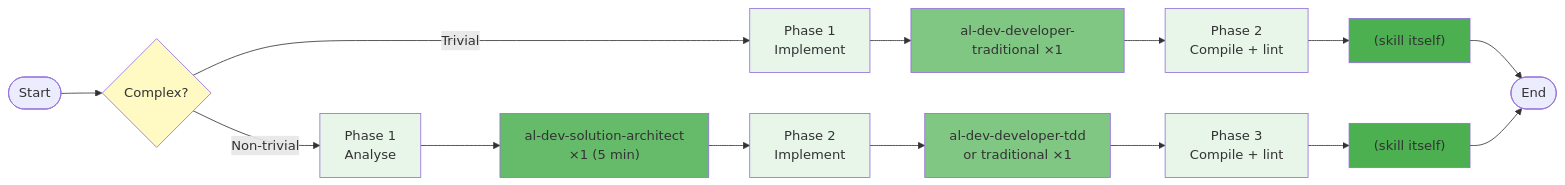
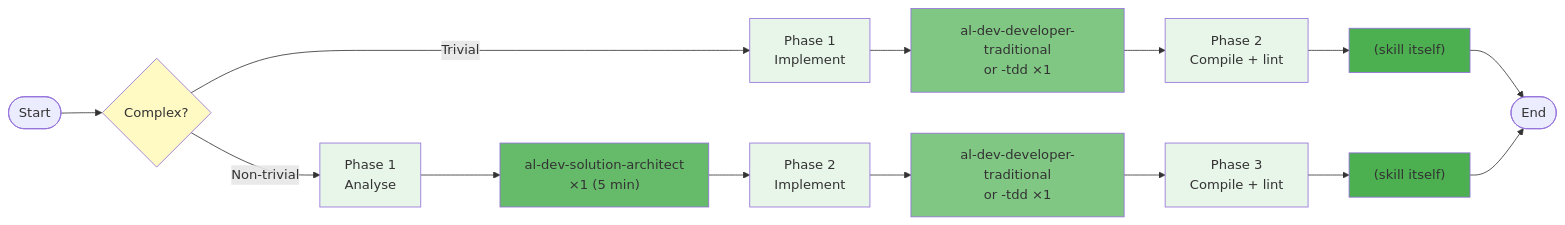
One commit to russell-laing/al-dev-shared changed the fourth of 21 diagrams in docs/al-dev-skills-map.md. Above: the diagram before and after it, drawn with Mermaid. The commit also changed other lines of this file and 1 other file, not shown here.

Commit message:
docs: sync AL agent and skill maps to current state

````diff
--- a/docs/al-dev-skills-map.md
+++ b/docs/al-dev-skills-map.md
@@ -158,30 +158,30 @@
 ```mermaid
 flowchart LR
     Start([Start]) --> Decision{Complex?}
 
     Decision -->|Trivial| Phase1T["Phase 1<br/>Implement"]
-    Phase1T --> DevAgent["al-dev-developer-traditional ×1"]
+    Phase1T --> DevAgent["al-dev-developer-traditional<br/>or -tdd ×1"]
     DevAgent --> Phase2T["Phase 2<br/>Compile + lint"]
     Phase2T --> SkillT["(skill itself)"]
     SkillT --> End([End])
 
     Decision -->|Non-trivial| Phase1C["Phase 1<br/>Analyse"]
     Phase1C --> ArchAgent["al-dev-solution-architect<br/>×1 (5 min)"]
     ArchAgent --> Phase2C["Phase 2<br/>Implement"]
-    Phase2C --> DevAgent2["al-dev-developer-tdd<br/>or traditional ×1"]
+    Phase2C --> DevAgent2["al-dev-developer-traditional<br/>or -tdd ×1"]
     DevAgent2 --> Phase3C["Phase 3<br/>Compile + lint"]
     Phase3C --> SkillC["(skill itself)"]
     SkillC --> End
 
     style Decision fill:#fff9c4
     style Phase1T fill:#e8f5e9
     style Phase1C fill:#e8f5e9
     style Phase2T fill:#e8f5e9
     style Phase2C fill:#e8f5e9
     style Phase3C fill:#e8f5e9
     style DevAgent fill:#81c784
     style DevAgent2 fill:#81c784
     style ArchAgent fill:#66bb6a
     style SkillT fill:#4caf50
     style SkillC fill:#4caf50
 ```
````
